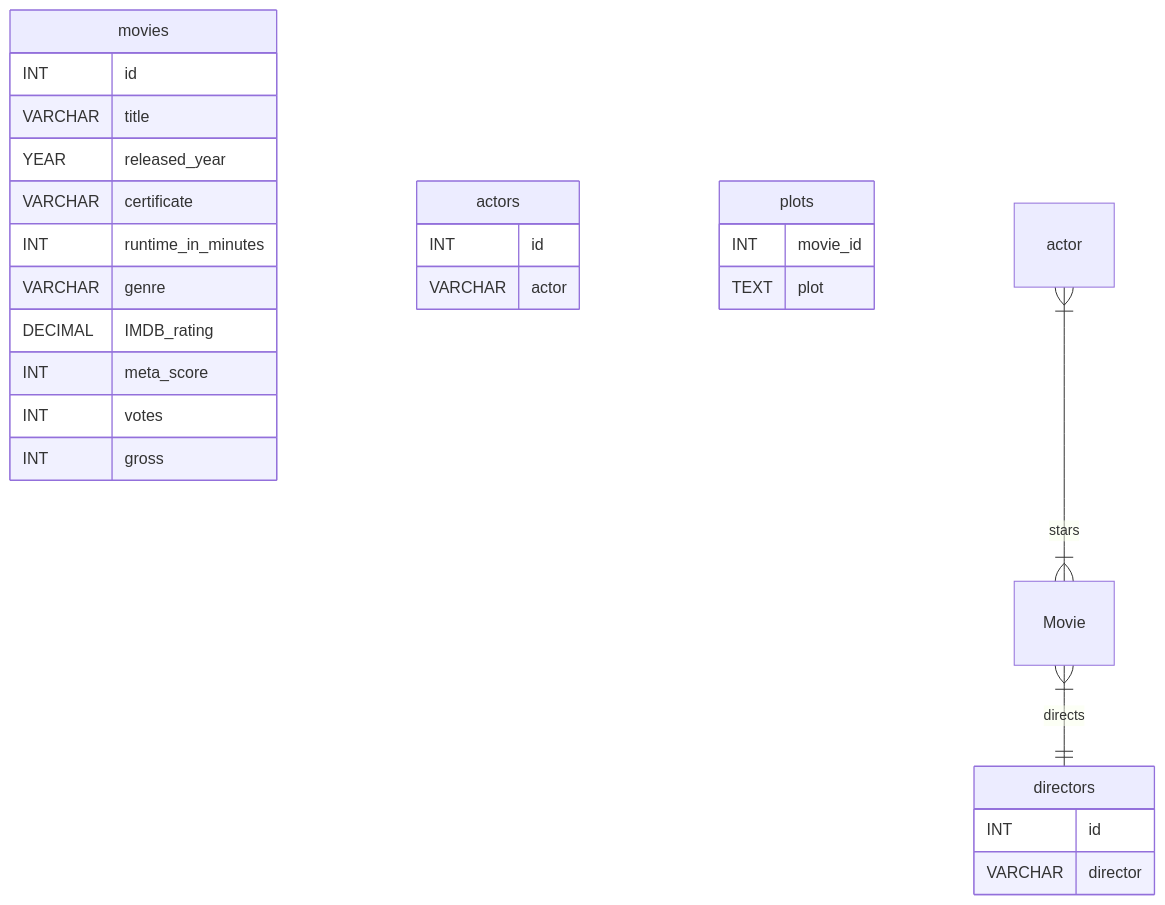
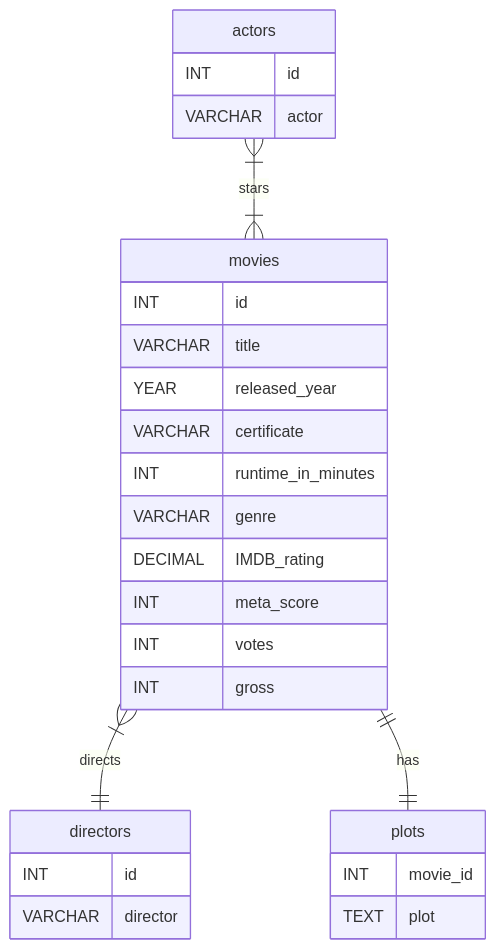
Before and after one commit to Costa-LG/Movies-Data-Analysis: the second of 2 diagrams in README.md, drawn with Mermaid. The commit also changed other lines of this file and 12323 other files, not shown here.

````diff
--- a/README.md
+++ b/README.md
@@ -40,33 +40,34 @@
 ```mermaid
 erDiagram
     movies {
         INT id
         VARCHAR title
         YEAR released_year
         VARCHAR certificate 
         INT runtime_in_minutes
         VARCHAR genre
         DECIMAL IMDB_rating
         INT meta_score
         INT votes
         INT gross
     }
     
     actors {
         INT id
         VARCHAR actor
     }
     
 	directors {
 		INT id
 		VARCHAR director
 	}
 
     plots {
 		INT movie_id
 		TEXT plot
 	}
 	
-    actor }|--|{ Movie : stars
-    Movie }|--|| directors : directs
+    actors }|--|{ movies : stars
+    movies }|--|| directors : directs
+    movies ||--|| plots: has
 ```
````
